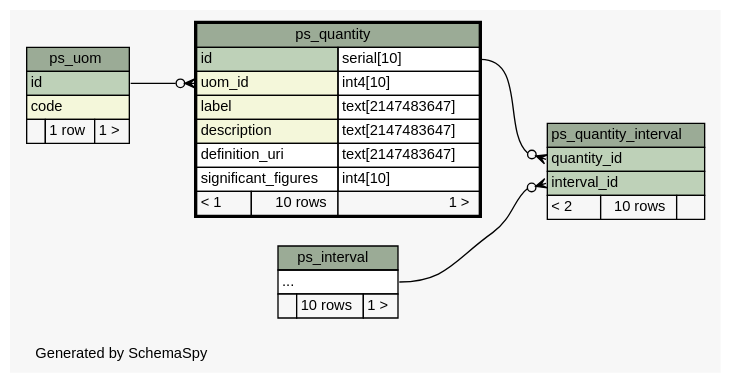
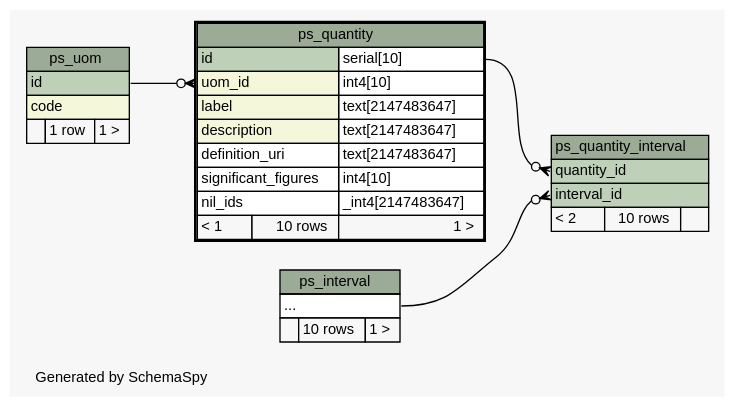
One commit to kalxas/rasdaman changed the diagram in manuals_and_examples/manuals/doc-petascope/dbschema/schema/diagrams/ps_quantity.2degrees.dot. Above: the diagram before and after it, drawn with Graphviz. The commit also changed 85 other files, not shown here.

Commit message:
ticket:573 - Update SchemaSpy graphical database schema of petascopedb to include new table for NILs.

```diff
--- a/manuals_and_examples/manuals/doc-petascope/dbschema/schema/diagrams/ps_quantity.2degrees.dot
+++ b/manuals_and_examples/manuals/doc-petascope/dbschema/schema/diagrams/ps_quantity.2degrees.dot
@@ -1,72 +1,73 @@
 // dot 2.26.3 on Linux 3.2.0-58-generic
 // SchemaSpy rev 590
 digraph "twoDegreesRelationshipsDiagram" {
   graph [
     rankdir="RL"
     bgcolor="#f7f7f7"
     label="\nGenerated by SchemaSpy"
     labeljust="l"
     nodesep="0.18"
     ranksep="0.46"
     fontname="Helvetica"
     fontsize="11"
   ];
   node [
     fontname="Helvetica"
     fontsize="11"
     shape="plaintext"
   ];
   edge [
     arrowsize="0.8"
   ];
   "ps_quantity":"uom_id":w -> "ps_uom":"id":e [arrowhead=none dir=back arrowtail=crowodot];
   "ps_quantity_interval":"interval_id":w -> "ps_interval":"elipses":e [arrowhead=none dir=back arrowtail=crowodot];
   "ps_quantity_interval":"quantity_id":w -> "ps_quantity":"id.type":e [arrowhead=none dir=back arrowtail=crowodot];
   "ps_interval" [
     label=<
     <TABLE BORDER="0" CELLBORDER="1" CELLSPACING="0" BGCOLOR="#ffffff">
       <TR><TD COLSPAN="3" BGCOLOR="#9bab96" ALIGN="CENTER">ps_interval</TD></TR>
       <TR><TD PORT="elipses" COLSPAN="3" ALIGN="LEFT">...</TD></TR>
       <TR><TD ALIGN="LEFT" BGCOLOR="#f7f7f7">  </TD><TD ALIGN="RIGHT" BGCOLOR="#f7f7f7">10 rows</TD><TD ALIGN="RIGHT" BGCOLOR="#f7f7f7">1 &gt;</TD></TR>
     </TABLE>>
     URL="ps_interval.html"
     tooltip="ps_interval"
   ];
   "ps_quantity" [
     label=<
     <TABLE BORDER="2" CELLBORDER="1" CELLSPACING="0" BGCOLOR="#ffffff">
       <TR><TD COLSPAN="3" BGCOLOR="#9bab96" ALIGN="CENTER">ps_quantity</TD></TR>
       <TR><TD PORT="id" COLSPAN="2" BGCOLOR="#bed1b8" ALIGN="LEFT">id</TD><TD PORT="id.type" ALIGN="LEFT">serial[10]</TD></TR>
       <TR><TD PORT="uom_id" COLSPAN="2" BGCOLOR="#f4f7da" ALIGN="LEFT">uom_id</TD><TD PORT="uom_id.type" ALIGN="LEFT">int4[10]</TD></TR>
       <TR><TD PORT="label" COLSPAN="2" BGCOLOR="#f4f7da" ALIGN="LEFT">label</TD><TD PORT="label.type" ALIGN="LEFT">text[2147483647]</TD></TR>
       <TR><TD PORT="description" COLSPAN="2" BGCOLOR="#f4f7da" ALIGN="LEFT">description</TD><TD PORT="description.type" ALIGN="LEFT">text[2147483647]</TD></TR>
       <TR><TD PORT="definition_uri" COLSPAN="2" ALIGN="LEFT">definition_uri</TD><TD PORT="definition_uri.type" ALIGN="LEFT">text[2147483647]</TD></TR>
       <TR><TD PORT="significant_figures" COLSPAN="2" ALIGN="LEFT">significant_figures</TD><TD PORT="significant_figures.type" ALIGN="LEFT">int4[10]</TD></TR>
+      <TR><TD PORT="nil_ids" COLSPAN="2" ALIGN="LEFT">nil_ids</TD><TD PORT="nil_ids.type" ALIGN="LEFT">_int4[2147483647]</TD></TR>
       <TR><TD ALIGN="LEFT" BGCOLOR="#f7f7f7">&lt; 1</TD><TD ALIGN="RIGHT" BGCOLOR="#f7f7f7">10 rows</TD><TD ALIGN="RIGHT" BGCOLOR="#f7f7f7">1 &gt;</TD></TR>
     </TABLE>>
     URL="ps_quantity.html"
     tooltip="ps_quantity"
   ];
   "ps_quantity_interval" [
     label=<
     <TABLE BORDER="0" CELLBORDER="1" CELLSPACING="0" BGCOLOR="#ffffff">
       <TR><TD COLSPAN="3" BGCOLOR="#9bab96" ALIGN="CENTER">ps_quantity_interval</TD></TR>
       <TR><TD PORT="quantity_id" COLSPAN="3" BGCOLOR="#bed1b8" ALIGN="LEFT">quantity_id</TD></TR>
       <TR><TD PORT="interval_id" COLSPAN="3" BGCOLOR="#bed1b8" ALIGN="LEFT">interval_id</TD></TR>
       <TR><TD ALIGN="LEFT" BGCOLOR="#f7f7f7">&lt; 2</TD><TD ALIGN="RIGHT" BGCOLOR="#f7f7f7">10 rows</TD><TD ALIGN="RIGHT" BGCOLOR="#f7f7f7">  </TD></TR>
     </TABLE>>
     URL="ps_quantity_interval.html"
     tooltip="ps_quantity_interval"
   ];
   "ps_uom" [
     label=<
     <TABLE BORDER="0" CELLBORDER="1" CELLSPACING="0" BGCOLOR="#ffffff">
       <TR><TD COLSPAN="3" BGCOLOR="#9bab96" ALIGN="CENTER">ps_uom</TD></TR>
       <TR><TD PORT="id" COLSPAN="3" BGCOLOR="#bed1b8" ALIGN="LEFT">id</TD></TR>
       <TR><TD PORT="code" COLSPAN="3" BGCOLOR="#f4f7da" ALIGN="LEFT">code</TD></TR>
       <TR><TD ALIGN="LEFT" BGCOLOR="#f7f7f7">  </TD><TD ALIGN="RIGHT" BGCOLOR="#f7f7f7">1 row</TD><TD ALIGN="RIGHT" BGCOLOR="#f7f7f7">1 &gt;</TD></TR>
     </TABLE>>
     URL="ps_uom.html"
     tooltip="ps_uom"
   ];
 }
```
